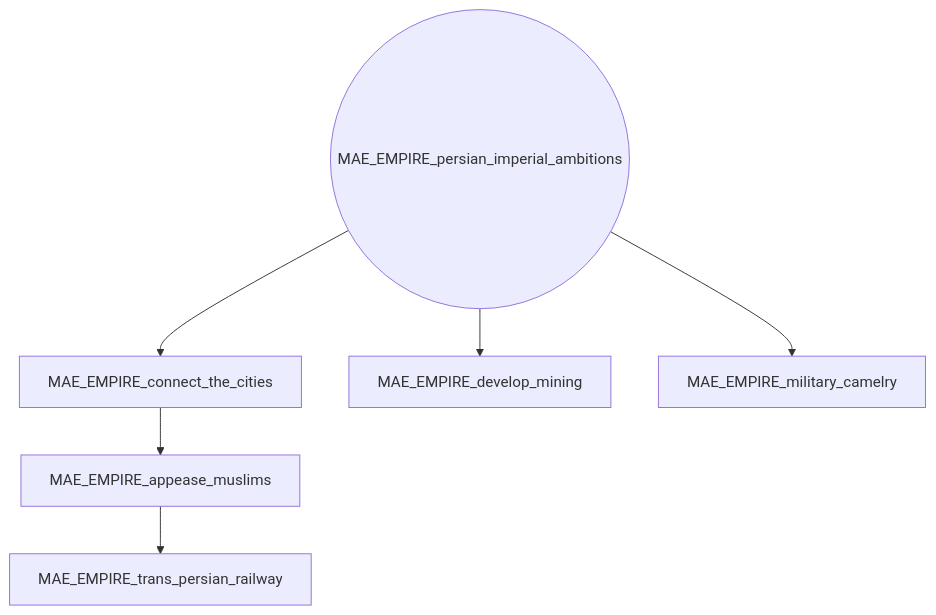
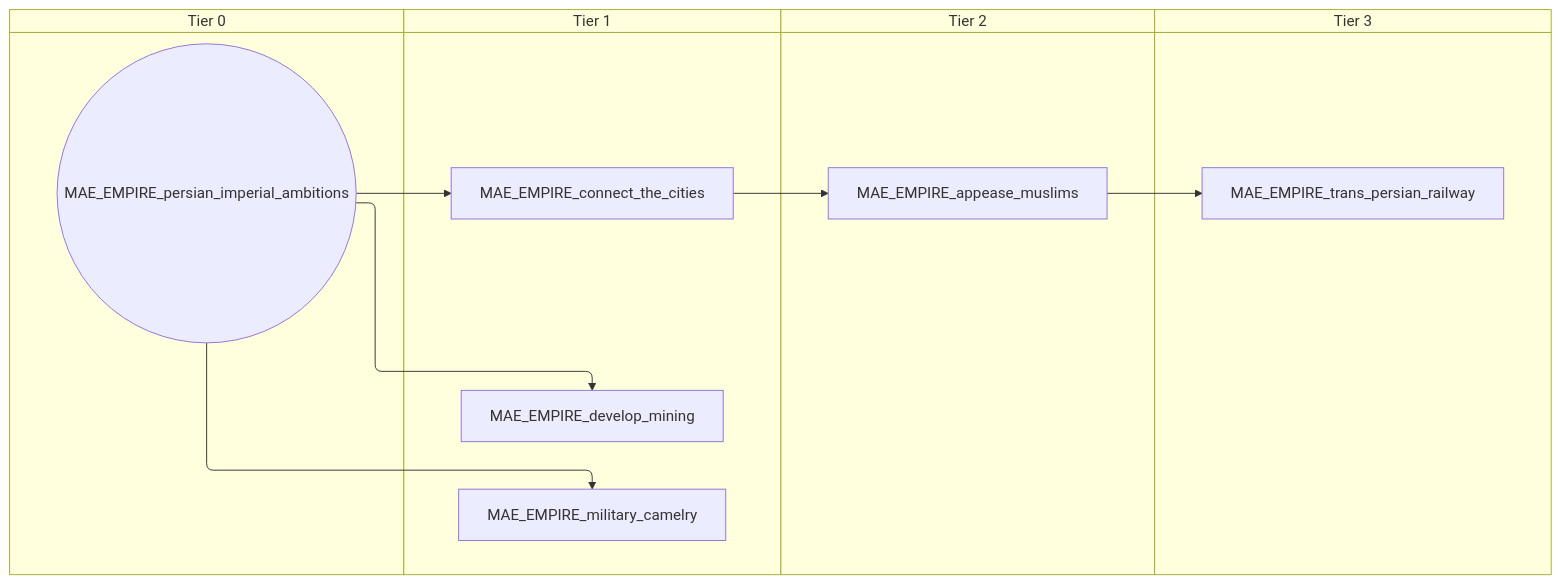
The diagram in docs/gdd/National Focuses/r56_macedonian_empire_shared.md (evgeny-sobol/hoi4-sandbox-mode-r56), drawn with Mermaid before and after one commit. The commit also changed 423 other files, not shown here.

First line of the commit message:
Re-export Rt56 focus trees as swimlane diagrams

````diff
--- a/docs/gdd/National Focuses/r56_macedonian_empire_shared.md
+++ b/docs/gdd/National Focuses/r56_macedonian_empire_shared.md
@@ -3,14 +3,22 @@
 ```mermaid
-flowchart TD
-    n1["MAE_EMPIRE_appease_muslims"]
-    n2["MAE_EMPIRE_connect_the_cities"]
-    n3["MAE_EMPIRE_develop_mining"]
-    n4["MAE_EMPIRE_military_camelry"]
-    n5(("MAE_EMPIRE_persian_imperial_ambitions"))
-    n6["MAE_EMPIRE_trans_persian_railway"]
-    n2 --> n1
-    n5 --> n2
-    n5 --> n3
-    n5 --> n4
-    n1 --> n6
+swimlane-beta TD
+    subgraph tier_0["Tier 0"]
+        n1(("MAE_EMPIRE_persian_imperial_ambitions"))
+    end
+    subgraph tier_1["Tier 1"]
+        n2["MAE_EMPIRE_connect_the_cities"]
+        n3["MAE_EMPIRE_develop_mining"]
+        n4["MAE_EMPIRE_military_camelry"]
+    end
+    subgraph tier_2["Tier 2"]
+        n5["MAE_EMPIRE_appease_muslims"]
+    end
+    subgraph tier_3["Tier 3"]
+        n6["MAE_EMPIRE_trans_persian_railway"]
+    end
+    n2 --> n5
+    n1 --> n2
+    n1 --> n3
+    n1 --> n4
+    n5 --> n6
 ```
````
